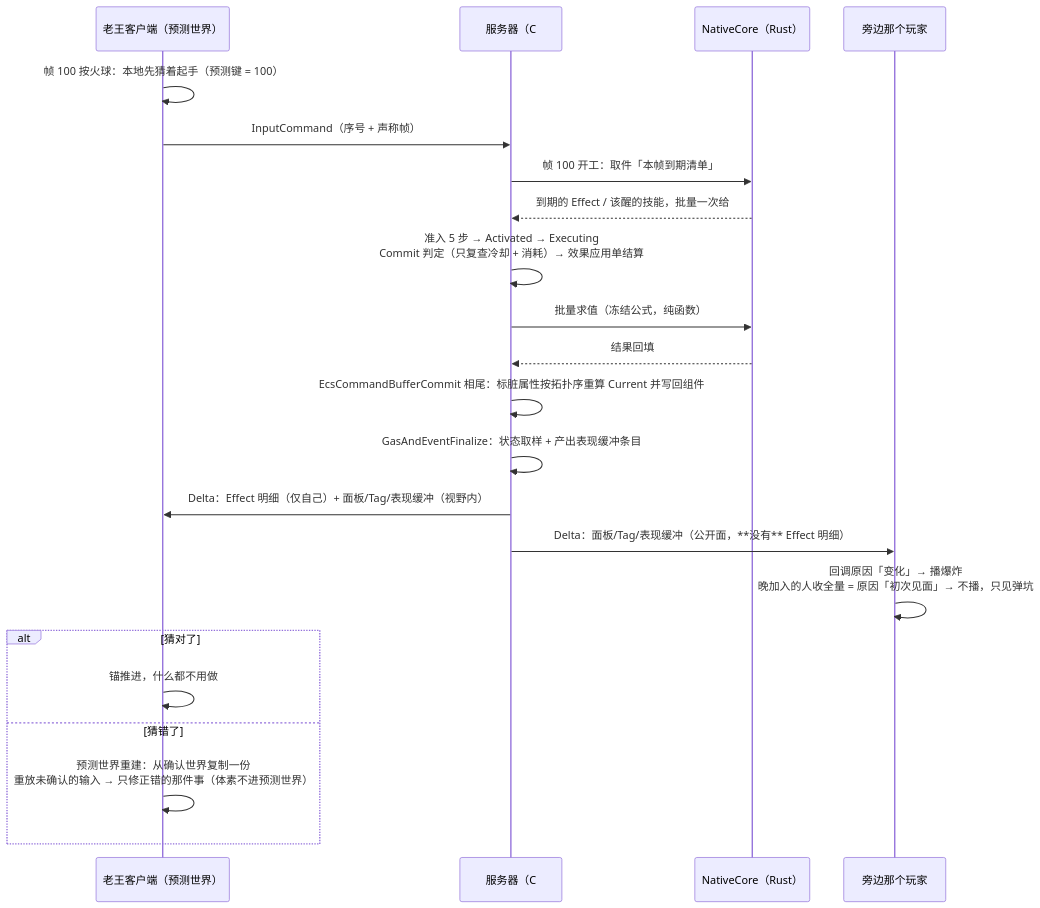
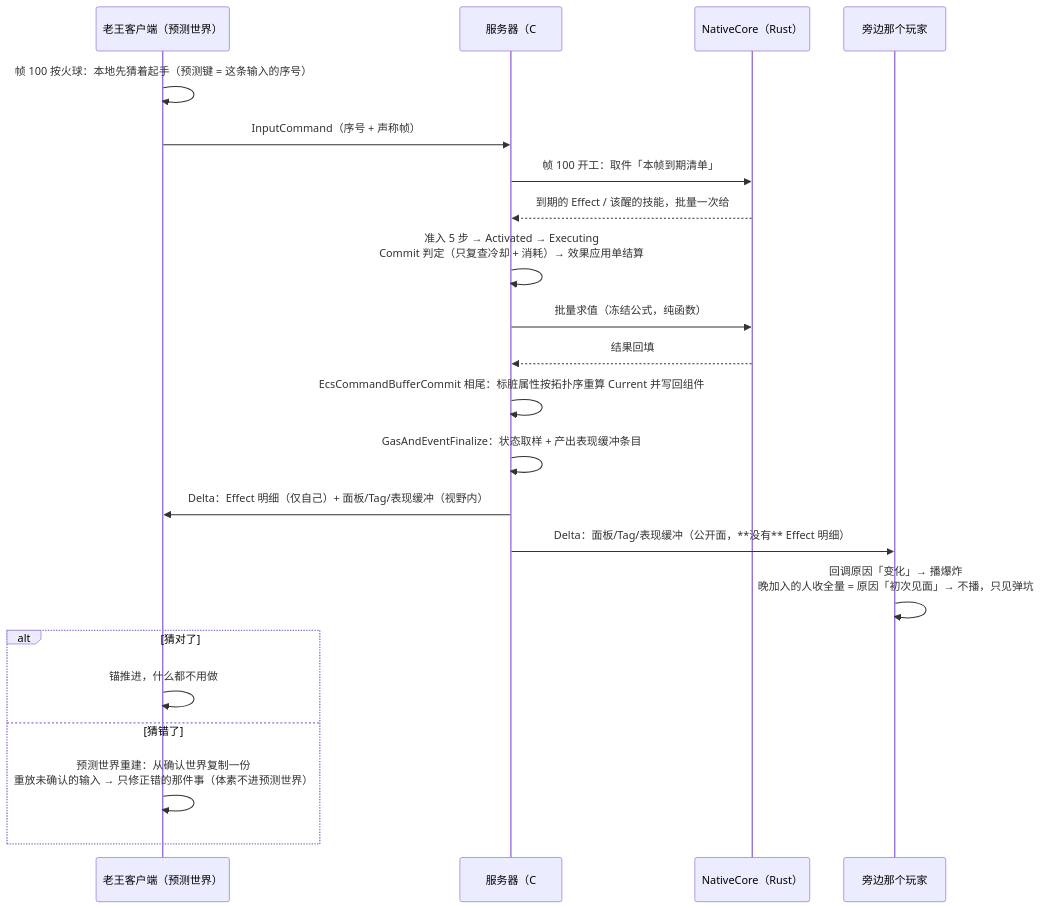
One commit to LumioGames/LumioGameEngine changed the fourth of 4 diagrams in .spec/knowledge/features/gas.md. Above: the diagram before and after it, drawn with Mermaid. The commit also changed other lines of this file and 12 other files, not shown here.

````diff
--- a/.spec/knowledge/features/gas.md
+++ b/.spec/knowledge/features/gas.md
@@ -156,24 +156,24 @@
 ```mermaid
 sequenceDiagram
     participant C as 老王客户端（预测世界）
     participant S as 服务器（C# 语义层）
     participant N as NativeCore（Rust）
     participant O as 旁边那个玩家
-    C->>C: 帧 100 按火球：本地先猜着起手（预测键 = 100）
+    C->>C: 帧 100 按火球：本地先猜着起手（预测键 = 这条输入的序号）
     C->>S: InputCommand（序号 + 声称帧）
     S->>N: 帧 100 开工：取件「本帧到期清单」
     N-->>S: 到期的 Effect / 该醒的技能，批量一次给
     S->>S: 准入 5 步 → Activated → Executing<br/>Commit 判定（只复查冷却 + 消耗）→ 效果应用单结算
     S->>N: 批量求值（冻结公式，纯函数）
     N-->>S: 结果回填
     S->>S: EcsCommandBufferCommit 相尾：标脏属性按拓扑序重算 Current 并写回组件
     S->>S: GasAndEventFinalize：状态取样 + 产出表现缓冲条目
     S->>C: Delta：Effect 明细（仅自己）+ 面板/Tag/表现缓冲（视野内）
     S->>O: Delta：面板/Tag/表现缓冲（公开面，**没有** Effect 明细）
     O->>O: 回调原因「变化」→ 播爆炸<br/>晚加入的人收全量 = 原因「初次见面」→ 不播，只见弹坑
     alt 猜对了
         C->>C: 锚推进，什么都不用做
     else 猜错了
         C->>C: 预测世界重建：从确认世界复制一份<br/>重放未确认的输入 → 只修正错的那件事（体素不进预测世界）
     end
 ```
````
